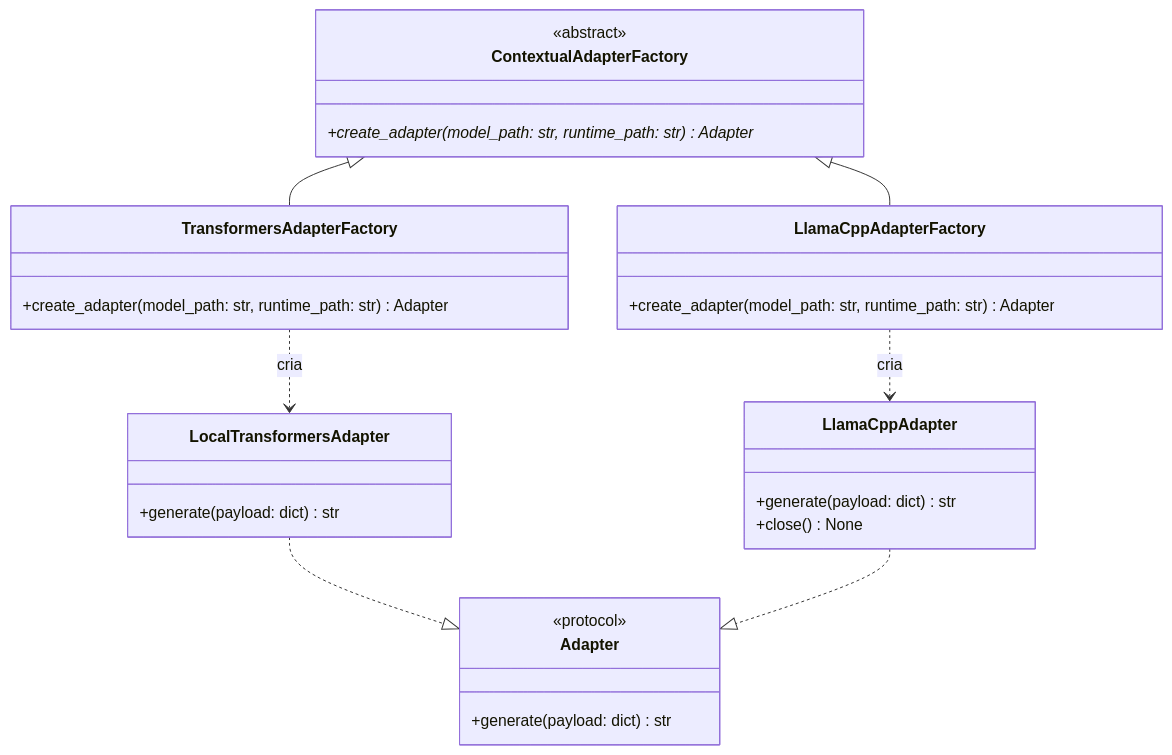
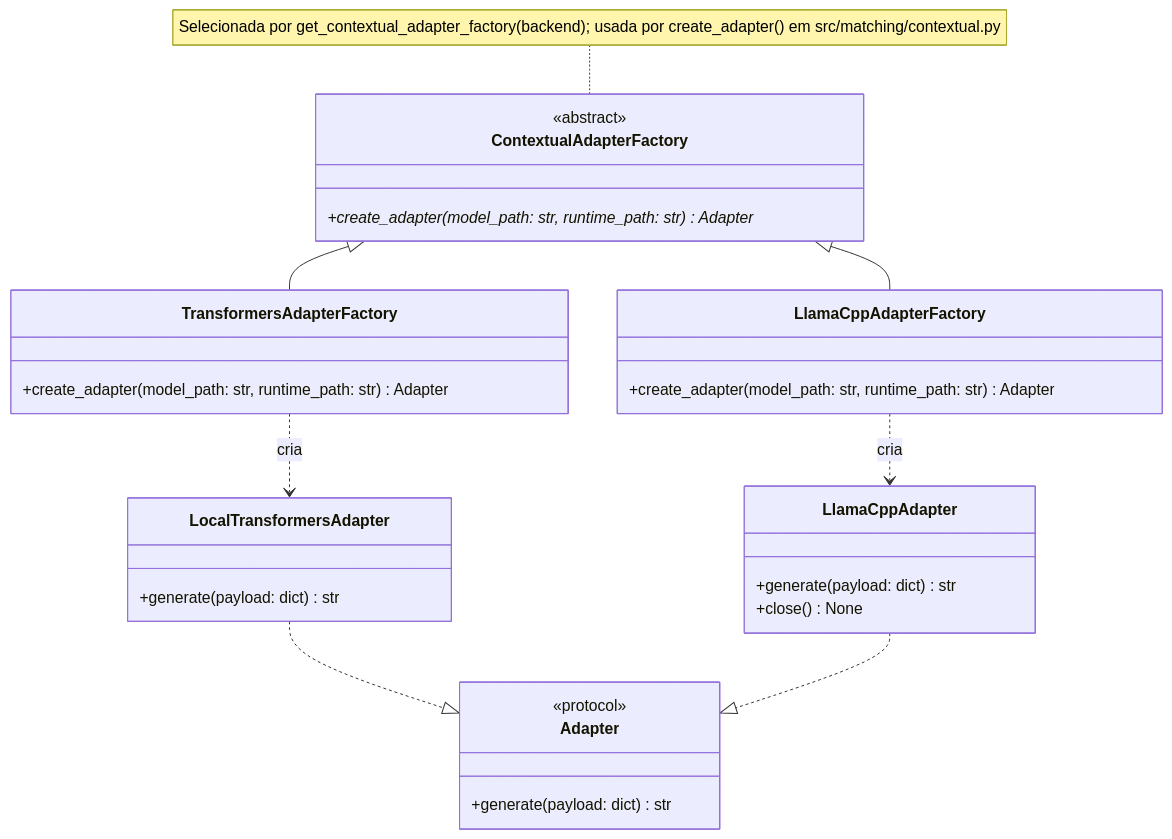
Before and after one commit to Makezuko/SI-PI6-2026-T101-G04: the diagram in diagrams/gof-factory-method.mmd, drawn with Mermaid. The commit also changed 7 other files, not shown here.

Commit message:
docs(arquitetura): corrige C4 nível 2, diagramas GoF e conectores conforme revisão

```diff
--- a/diagrams/gof-factory-method.mmd
+++ b/diagrams/gof-factory-method.mmd
@@ -1,29 +1,30 @@
 classDiagram
     class ContextualAdapterFactory {
         <<abstract>>
         +create_adapter(model_path: str, runtime_path: str)* Adapter
     }
     class TransformersAdapterFactory {
         +create_adapter(model_path: str, runtime_path: str) Adapter
     }
     class LlamaCppAdapterFactory {
         +create_adapter(model_path: str, runtime_path: str) Adapter
     }
     class LocalTransformersAdapter {
         +generate(payload: dict) str
     }
     class LlamaCppAdapter {
         +generate(payload: dict) str
         +close() None
     }
     class Adapter {
         <<protocol>>
         +generate(payload: dict) str
     }
 
     ContextualAdapterFactory <|-- TransformersAdapterFactory
     ContextualAdapterFactory <|-- LlamaCppAdapterFactory
     TransformersAdapterFactory ..> LocalTransformersAdapter : cria
     LlamaCppAdapterFactory ..> LlamaCppAdapter : cria
     LocalTransformersAdapter ..|> Adapter
     LlamaCppAdapter ..|> Adapter
+    note for ContextualAdapterFactory "Selecionada por get_contextual_adapter_factory(backend); usada por create_adapter() em src/matching/contextual.py"
```
